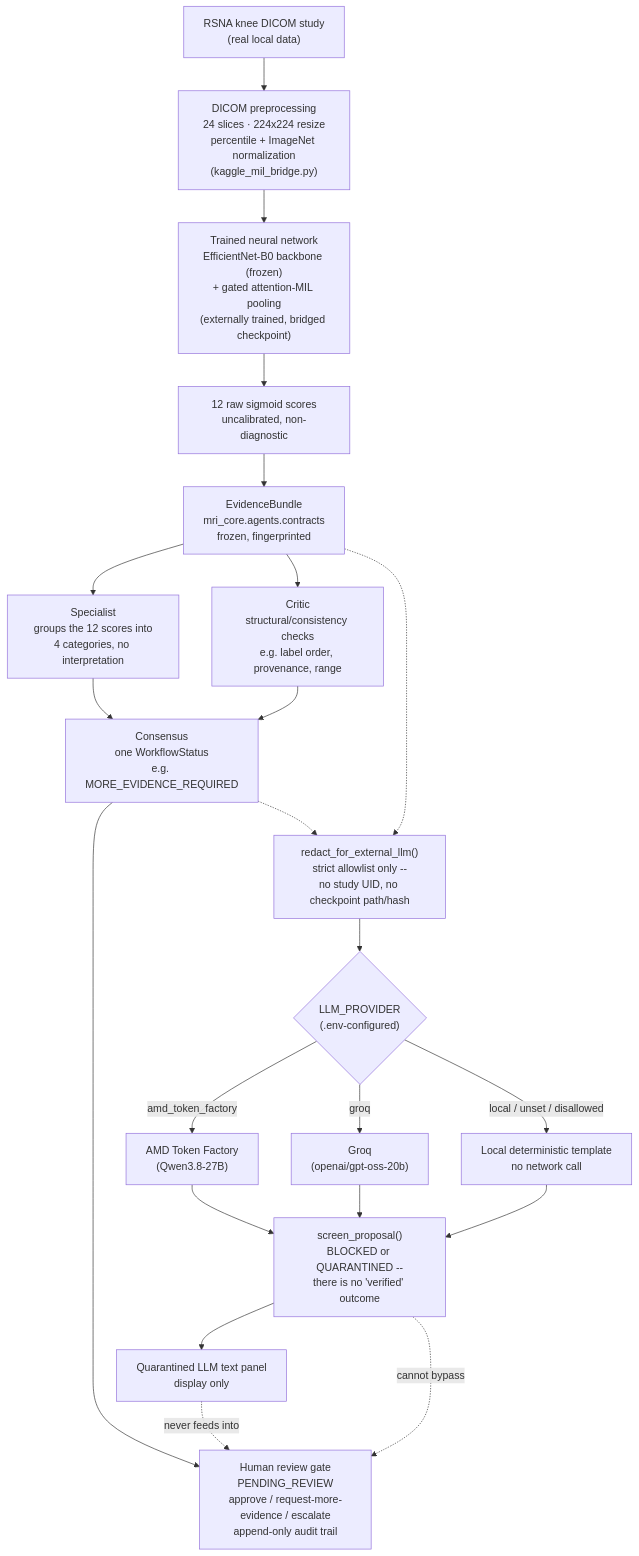
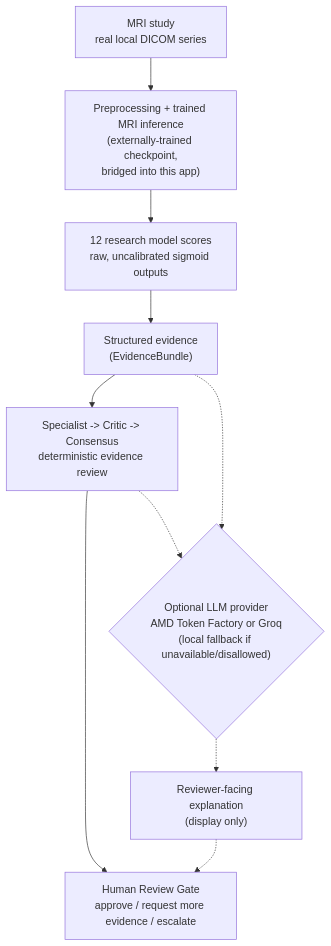
The diagram in hackathon/amd/README.md (draculess99/MRI-Vision-Core), drawn with Mermaid before and after one commit. The commit also changed other lines of this file and 1 other file, not shown here.

Commit message:
Refine AMD judge README and review-agent architecture

````diff
--- a/hackathon/amd/README.md
+++ b/hackathon/amd/README.md
@@ -108,31 +13,15 @@
 ```mermaid
 flowchart TD
-    DS["RSNA knee DICOM study<br/>(real local data)"] --> PRE
-    PRE["DICOM preprocessing<br/>24 slices · 224x224 resize<br/>percentile + ImageNet normalization<br/>(kaggle_mil_bridge.py)"] --> NET
-    NET["Trained neural network<br/>EfficientNet-B0 backbone (frozen)<br/>+ gated attention-MIL pooling<br/>(externally trained, bridged checkpoint)"] --> SCORES
-    SCORES["12 raw sigmoid scores<br/>uncalibrated, non-diagnostic"] --> BUNDLE
+    MRI["MRI study<br/>real local DICOM series"] --> PRE
+    PRE["Preprocessing + trained MRI inference<br/>(externally-trained checkpoint,<br/>bridged into this app)"] --> SCORES
+    SCORES["12 research model scores<br/>raw, uncalibrated sigmoid outputs"] --> BUNDLE
+    BUNDLE["Structured evidence<br/>(EvidenceBundle)"] --> AGENTS
+    AGENTS["Specialist -> Critic -> Consensus<br/>deterministic evidence review"] --> GATE
+    GATE["Human Review Gate<br/>approve / request more evidence / escalate"]
 
-    BUNDLE["EvidenceBundle<br/>mri_core.agents.contracts<br/>frozen, fingerprinted"] --> SPEC
-    BUNDLE --> CRIT
-    SPEC["Specialist<br/>groups the 12 scores into<br/>4 categories, no interpretation"] --> CONS
-    CRIT["Critic<br/>structural/consistency checks<br/>e.g. label order, provenance, range"] --> CONS
-    CONS["Consensus<br/>one WorkflowStatus<br/>e.g. MORE_EVIDENCE_REQUIRED"] --> REVIEW
-
-    REVIEW["Human review gate<br/>PENDING_REVIEW<br/>approve / request-more-evidence / escalate<br/>append-only audit trail"]
-
-    BUNDLE -.-> REDACT
-    CONS -.-> REDACT
-    REDACT["redact_for_external_llm()<br/>strict allowlist only --<br/>no study UID, no checkpoint path/hash"] --> PROVIDER
-    PROVIDER{"LLM_PROVIDER<br/>(.env-configured)"}
-    PROVIDER -->|amd_token_factory| AMDLLM["AMD Token Factory<br/>(Qwen3.8-27B)"]
-    PROVIDER -->|groq| GROQ["Groq<br/>(openai/gpt-oss-20b)"]
-    PROVIDER -->|local / unset / disallowed| LOCAL["Local deterministic template<br/>no network call"]
-    AMDLLM --> SCREEN
-    GROQ --> SCREEN
-    LOCAL --> SCREEN
-    SCREEN["screen_proposal()<br/>BLOCKED or QUARANTINED --<br/>there is no 'verified' outcome"] --> PANEL
-    PANEL["Quarantined LLM text panel<br/>display only"]
-
-    PANEL -.->|never feeds into| REVIEW
-    SCREEN -.->|cannot bypass| REVIEW
+    BUNDLE -.-> LLM
+    AGENTS -.-> LLM
+    LLM{"Optional LLM provider<br/>AMD Token Factory or Groq<br/>(local fallback if unavailable/disallowed)"}
+    LLM -.-> EXPLAIN["Reviewer-facing explanation<br/>(display only)"]
+    EXPLAIN -.-> GATE
 ```
````
